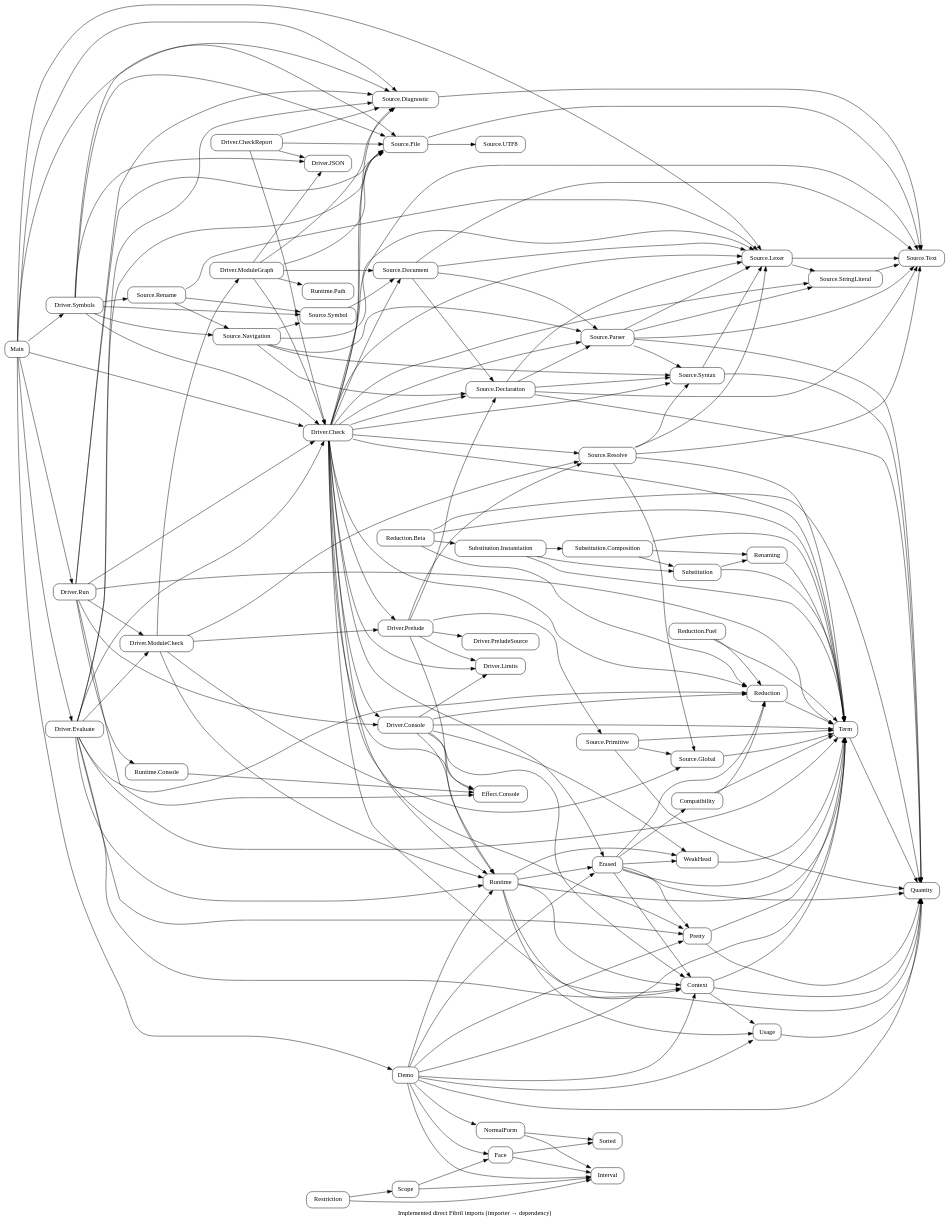
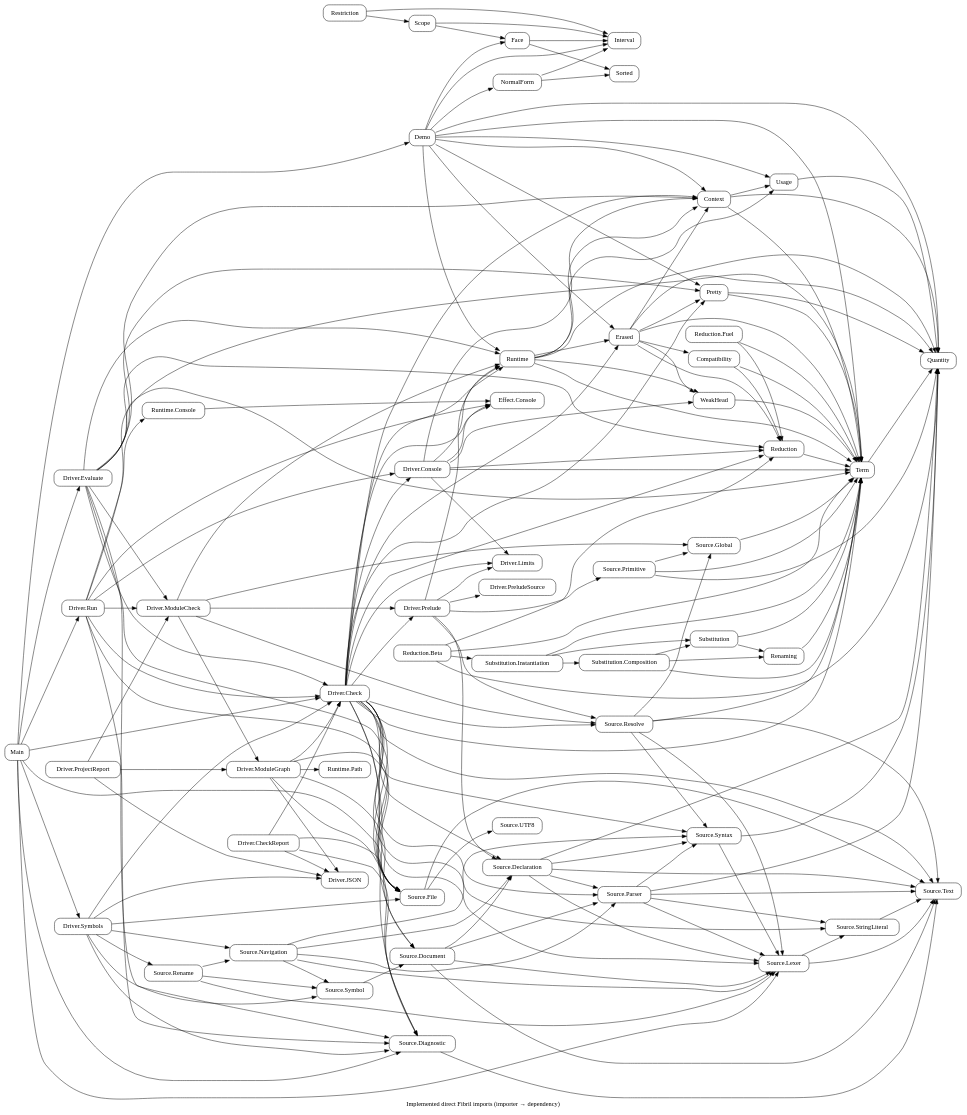
One commit to odunboye/fibril changed the diagram in docs/diagrams/modules.dot. Above: the diagram before and after it, drawn with Graphviz. The commit also changed 16 other files, not shown here.

Commit message:
Report project checks with versioned file identities and source snapshots

```diff
--- a/docs/diagrams/modules.dot
+++ b/docs/diagrams/modules.dot
@@ -1,53 +1,54 @@
 digraph Modules {
 rankdir=LR; node [shape=box,style=rounded];
 "Source.File" -> {"Source.UTF8" "Source.Text"};
 Main -> {"Source.File" "Source.Lexer" "Source.Diagnostic"};
 "Source.Diagnostic" -> "Source.Text";
 "Source.Declaration" -> {Quantity "Source.Text" "Source.Lexer" "Source.Syntax" "Source.Parser"};
 "Source.Lexer" -> {"Source.Text" "Source.StringLiteral"};
 "Source.StringLiteral" -> "Source.Text";
 "Driver.Console" -> {Context Term Runtime Reduction WeakHead "Effect.Console" "Driver.Limits"};
 "Runtime.Console" -> "Effect.Console";
 "Driver.Run" -> {Term "Source.File" "Source.Diagnostic" "Effect.Console" "Runtime.Console" "Driver.Check" "Driver.Console"};
 "Source.Syntax" -> {Quantity "Source.Lexer"};
 "Source.Parser" -> {Quantity "Source.Text" "Source.Lexer" "Source.Syntax" "Source.StringLiteral"};
 "Source.Resolve" -> {Term "Source.Text" "Source.Lexer" "Source.Syntax" "Source.Global"};
 "Driver.Check" -> {"Source.Text" "Source.Lexer" "Source.Syntax" "Source.Parser" "Source.Declaration" "Source.StringLiteral" "Source.Resolve" "Source.File" "Source.Diagnostic" Term Context Pretty Erased Runtime "Driver.Console" "Effect.Console"};
 "Driver.Prelude" -> {Runtime "Source.Declaration" "Source.Resolve" "Source.Primitive" "Driver.PreludeSource" "Driver.Limits"};
 "Source.Primitive" -> {"Source.Global" Term Quantity};
 "Source.Global" -> Term;
 "Driver.Check" -> {"Driver.Prelude" "Driver.Limits" Reduction};
 "Source.Rename" -> {"Source.Navigation" "Source.Symbol" "Source.Lexer"};
 "Driver.Symbols" -> {"Source.Rename" "Driver.JSON"};
 "Driver.CheckReport" -> {"Driver.Check" "Driver.JSON" "Source.File" "Source.Diagnostic"};
 "Source.Navigation" -> {"Source.Symbol" "Source.Declaration" "Source.Parser" "Source.Lexer" "Source.Syntax"};
 "Driver.Symbols" -> "Source.Navigation";
 "Driver.Evaluate" -> "Driver.ModuleCheck";
 "Driver.Run" -> "Driver.ModuleCheck";
+"Driver.ProjectReport" -> {"Driver.ModuleCheck" "Driver.ModuleGraph" "Driver.JSON"};
 "Driver.ModuleCheck" -> {"Driver.ModuleGraph" "Driver.Prelude" "Source.Resolve" Runtime "Source.Global"};
 "Driver.ModuleGraph" -> {"Runtime.Path" "Source.Document" "Source.File" "Source.Diagnostic" "Driver.JSON" "Driver.Check"};
 "Source.Document" -> {"Source.Declaration" "Source.Parser" "Source.Lexer" "Source.Text"};
 "Source.Symbol" -> "Source.Document";
 "Driver.Check" -> "Source.Document";
 "Driver.Symbols" -> {"Source.Symbol" "Driver.Check" "Source.File" "Source.Diagnostic"};
 Main -> {"Driver.Symbols" "Driver.Check" "Driver.Evaluate" "Driver.Run"};
 "Driver.Evaluate" -> {Context Term Pretty Reduction Runtime "Source.File" "Source.Diagnostic" "Driver.Check"};
 Quantity; Interval; NormalForm; Face; Scope; Restriction; Term;
 NormalForm -> {Interval Sorted}; Face -> {Interval Sorted};
 Scope -> {Interval Face}; Restriction -> {Interval Scope};
 Demo -> {Quantity Term Context Usage Pretty Erased Runtime Interval NormalForm Face};
 Main -> Demo;
 Pretty -> {Quantity Term};
 Term -> Quantity; Usage -> Quantity; Context -> {Quantity Term Usage};
 Reduction -> Term; WeakHead -> Term;
 Compatibility -> {Term Reduction};
 Renaming -> Term;
 Substitution -> {Term Renaming};
 "Substitution.Composition" -> {Term Renaming Substitution};
 "Substitution.Instantiation" -> {Term Substitution "Substitution.Composition"};
 "Reduction.Beta" -> {Quantity Term Reduction "Substitution.Instantiation"};
 "Reduction.Fuel" -> {Term Reduction};
 Erased -> {Quantity Term Pretty Context Compatibility WeakHead Reduction};
 Runtime -> {Quantity Term Context Usage WeakHead Erased};
 label="Implemented direct Fibril imports (importer → dependency)";
 }
```
